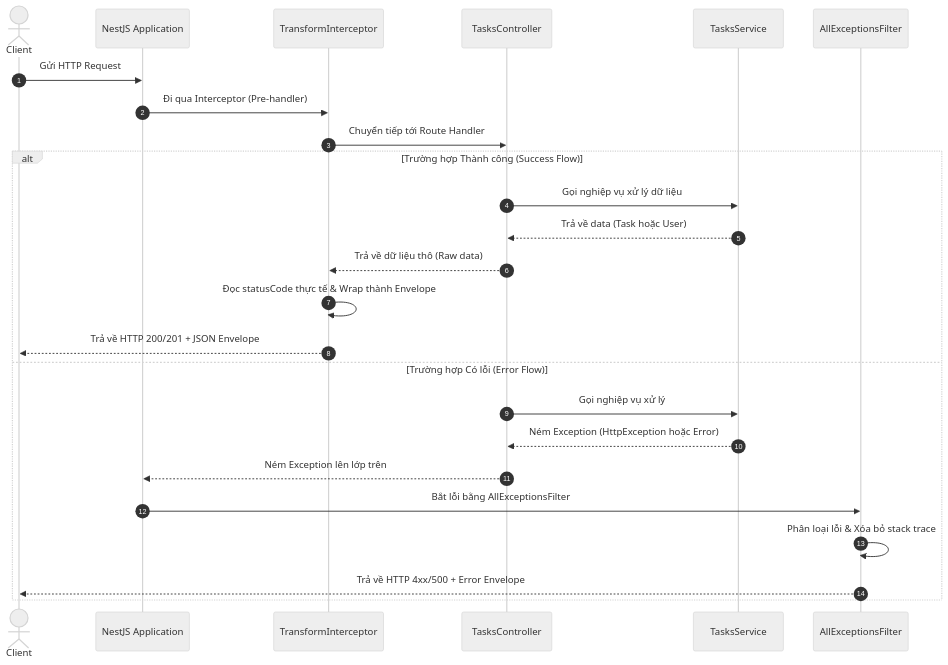
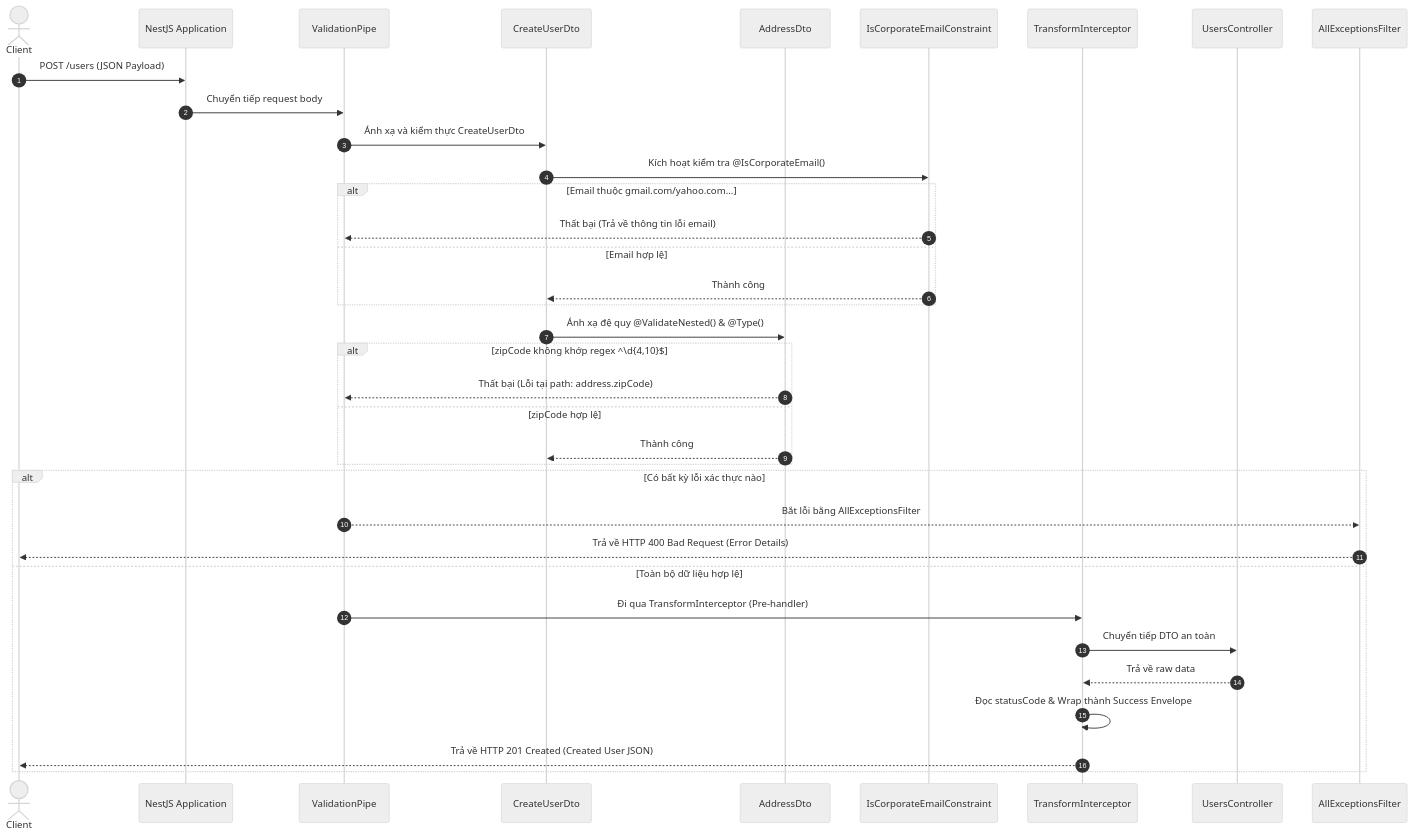
The diagram in README.md (emnghiaproplayers/task-management-study), drawn with Mermaid (neutral theme) before and after one commit. The commit also changed other lines of this file and 4 other files, not shown here.

Commit message:
restructure: move transform interceptor and all exceptions filter to src/common

````diff
--- a/README.md
+++ b/README.md
@@ -65,29 +61,41 @@
 ```mermaid
 sequenceDiagram
     autonumber
     actor Client
     participant App as NestJS Application
+    participant Pipe as ValidationPipe
+    participant DTO as CreateUserDto
+    participant NestedDTO as AddressDto
+    participant Decorator as IsCorporateEmailConstraint
     participant Interceptor as TransformInterceptor
-    participant Controller as TasksController
-    participant Service as TasksService
+    participant Controller as UsersController
     participant Filter as AllExceptionsFilter
 
-    Client->>App: Gửi HTTP Request
-    App->>Interceptor: Đi qua Interceptor (Pre-handler)
-    Interceptor->>Controller: Chuyển tiếp tới Route Handler
-    
-    alt Trường hợp Thành công (Success Flow)
-        Controller->>Service: Gọi nghiệp vụ xử lý dữ liệu
-        Service-->>Controller: Trả về data (Task hoặc User)
-        Controller-->>Interceptor: Trả về dữ liệu thô (Raw data)
-        Interceptor->>Interceptor: Đọc statusCode thực tế & Wrap thành Envelope
-        Interceptor-->>Client: Trả về HTTP 200/201 + JSON Envelope
-    else Trường hợp Có lỗi (Error Flow)
-        Controller->>Service: Gọi nghiệp vụ xử lý
-        Service-->>Controller: Ném Exception (HttpException hoặc Error)
-        Controller-->>App: Ném Exception lên lớp trên
-        App->>Filter: Bắt lỗi bằng AllExceptionsFilter
-        Filter->>Filter: Phân loại lỗi & Xóa bỏ stack trace
-        Filter-->>Client: Trả về HTTP 4xx/500 + Error Envelope
+    Client->>App: POST /users (JSON Payload)
+    App->>Pipe: Chuyển tiếp request body
+    Pipe->>DTO: Ánh xạ và kiểm thực CreateUserDto
+    DTO->>Decorator: Kích hoạt kiểm tra @IsCorporateEmail()
+    alt Email thuộc gmail.com/yahoo.com...
+        Decorator-->>Pipe: Thất bại (Trả về thông tin lỗi email)
+    else Email hợp lệ
+        Decorator-->>DTO: Thành công
+    end
+
+    DTO->>NestedDTO: Ánh xạ đệ quy @ValidateNested() & @Type()
+    alt zipCode không khớp regex ^\d{4,10}$
+        NestedDTO-->>Pipe: Thất bại (Lỗi tại path: address.zipCode)
+    else zipCode hợp lệ
+        NestedDTO-->>DTO: Thành công
+    end
+
+    alt Có bất kỳ lỗi xác thực nào
+        Pipe-->>Filter: Bắt lỗi bằng AllExceptionsFilter
+        Filter-->>Client: Trả về HTTP 400 Bad Request (Error Details)
+    else Toàn bộ dữ liệu hợp lệ
+        Pipe->>Interceptor: Đi qua TransformInterceptor (Pre-handler)
+        Interceptor->>Controller: Chuyển tiếp DTO an toàn
+        Controller-->>Interceptor: Trả về raw data
+        Interceptor->>Interceptor: Đọc statusCode & Wrap thành Success Envelope
+        Interceptor-->>Client: Trả về HTTP 201 Created (Created User JSON)
     end
 ```
````
